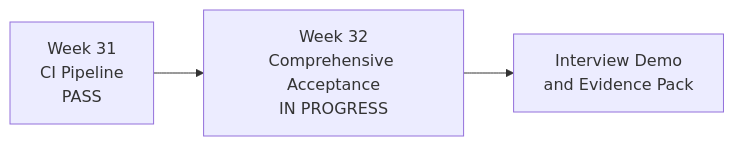
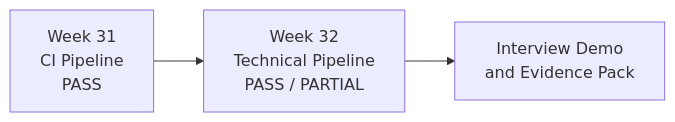
One commit to htb123-maker/quality-engineering-lab changed the second of 2 diagrams in reports/weekly/WEEK-32.md. Above: the diagram before and after it, drawn with Mermaid. The commit also changed other lines of this file, not shown here.

Commit message:
docs(week32): record final pipeline acceptance [skip ci]

````diff
--- a/reports/weekly/WEEK-32.md
+++ b/reports/weekly/WEEK-32.md
@@ -163,5 +183,5 @@
 ```mermaid
 flowchart LR
-    W31["Week 31<br/>CI Pipeline<br/>PASS"] --> W32["Week 32<br/>Comprehensive Acceptance<br/>IN PROGRESS"]
+    W31["Week 31<br/>CI Pipeline<br/>PASS"] --> W32["Week 32<br/>Technical Pipeline<br/>PASS / PARTIAL"]
     W32 --> DONE["Interview Demo<br/>and Evidence Pack"]
 ```
````
